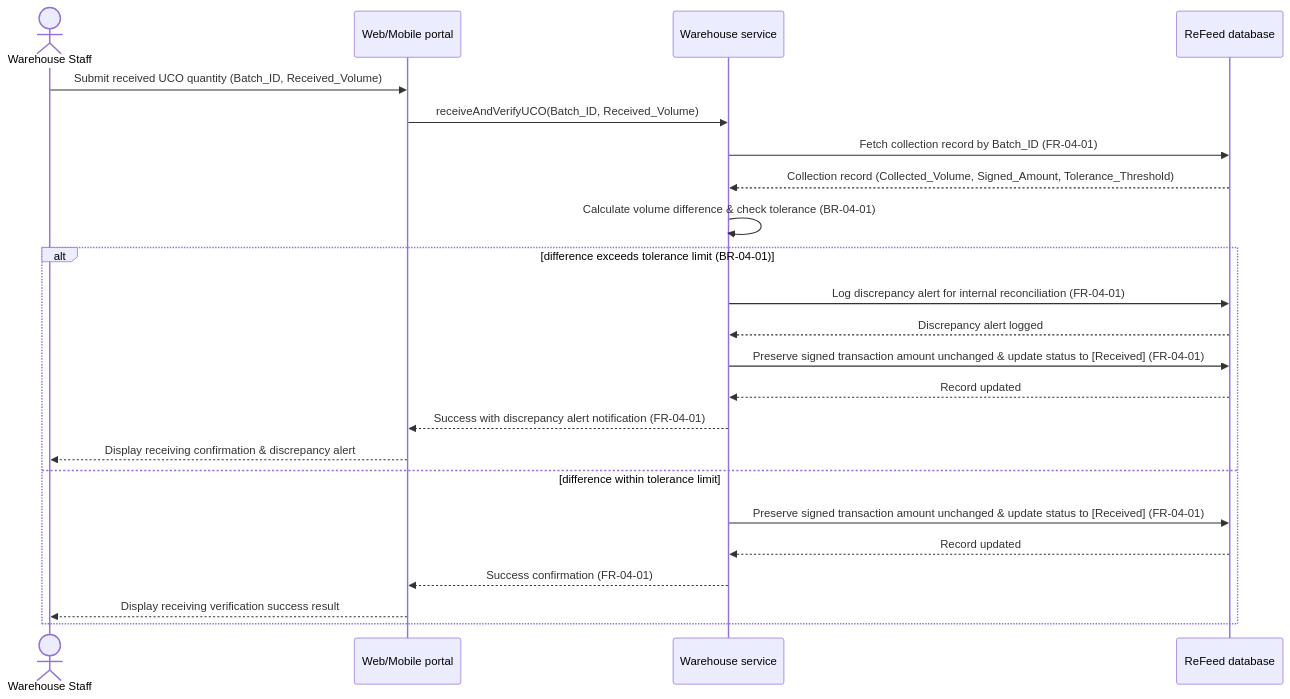
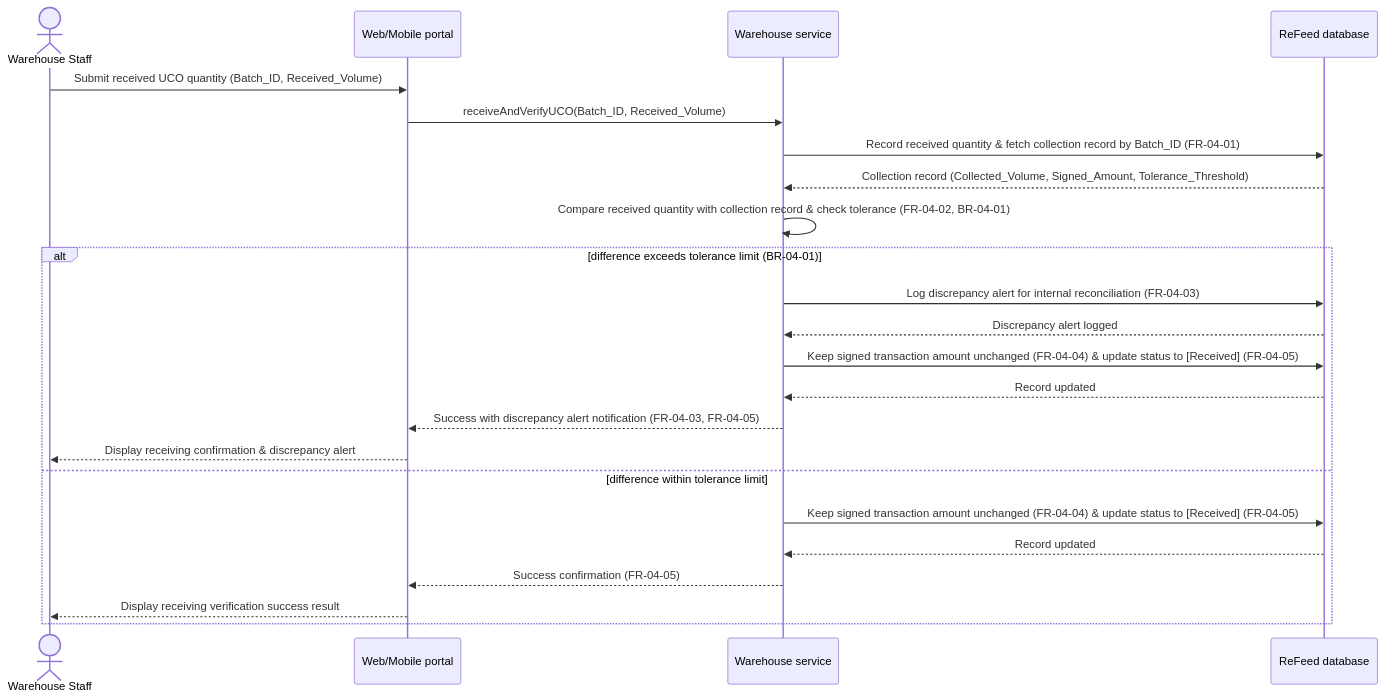
The diagram in docs/use-case/SD-UC-10.md (thuyvicbh-alt/DBIZ2---GROUP-D), drawn with Mermaid before and after one commit. The commit also changed other lines of this file, not shown here.

````diff
--- a/docs/use-case/SD-UC-10.md
+++ b/docs/use-case/SD-UC-10.md
@@ -13,28 +13,28 @@
 ```mermaid
 sequenceDiagram
   actor W as Warehouse Staff
   participant P as Web/Mobile portal
   participant WService as Warehouse service
   participant D as ReFeed database
 
   W->>P: Submit received UCO quantity (Batch_ID, Received_Volume)
   P->>WService: receiveAndVerifyUCO(Batch_ID, Received_Volume)
-  WService->>D: Fetch collection record by Batch_ID (FR-04-01)
+  WService->>D: Record received quantity & fetch collection record by Batch_ID (FR-04-01)
   D-->>WService: Collection record (Collected_Volume, Signed_Amount, Tolerance_Threshold)
   
-  WService->>WService: Calculate volume difference & check tolerance (BR-04-01)
+  WService->>WService: Compare received quantity with collection record & check tolerance (FR-04-02, BR-04-01)
 
   alt difference exceeds tolerance limit (BR-04-01)
-    WService->>D: Log discrepancy alert for internal reconciliation (FR-04-01)
+    WService->>D: Log discrepancy alert for internal reconciliation (FR-04-03)
     D-->>WService: Discrepancy alert logged
-    WService->>D: Preserve signed transaction amount unchanged & update status to [Received] (FR-04-01)
+    WService->>D: Keep signed transaction amount unchanged (FR-04-04) & update status to [Received] (FR-04-05)
     D-->>WService: Record updated
-    WService-->>P: Success with discrepancy alert notification (FR-04-01)
+    WService-->>P: Success with discrepancy alert notification (FR-04-03, FR-04-05)
     P-->>W: Display receiving confirmation & discrepancy alert
   else difference within tolerance limit
-    WService->>D: Preserve signed transaction amount unchanged & update status to [Received] (FR-04-01)
+    WService->>D: Keep signed transaction amount unchanged (FR-04-04) & update status to [Received] (FR-04-05)
     D-->>WService: Record updated
-    WService-->>P: Success confirmation (FR-04-01)
+    WService-->>P: Success confirmation (FR-04-05)
     P-->>W: Display receiving verification success result
   end
 ```
````
